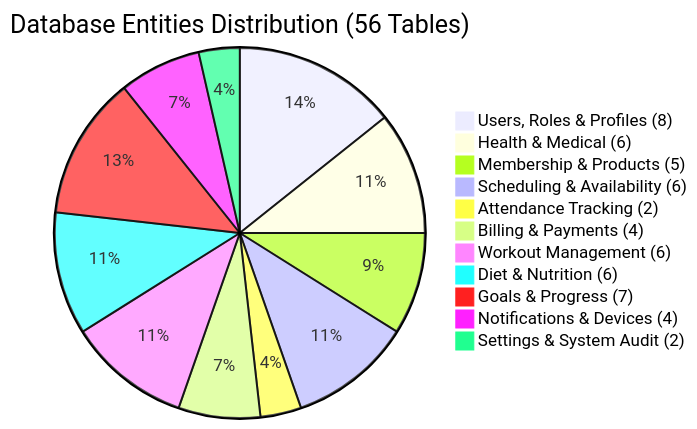
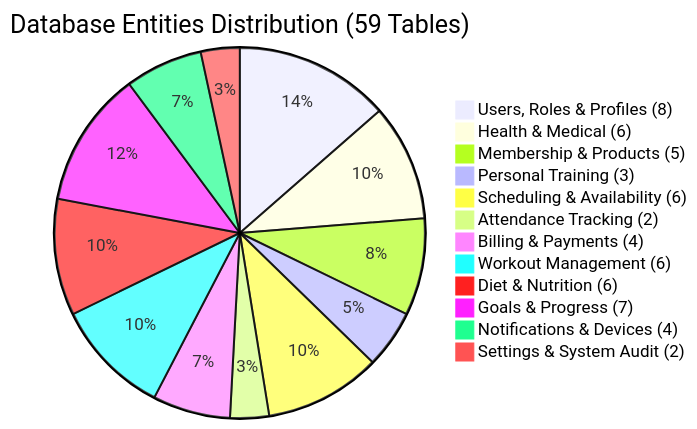
Before and after one commit to shabibmr/luxeknox: the diagram in docs/database-entities.md, drawn with Mermaid. The commit also changed other lines of this file and 11 other files, not shown here.

````diff
--- a/docs/database-entities.md
+++ b/docs/database-entities.md
@@ -22,14 +22,15 @@
 ```mermaid
-pie title Database Entities Distribution (56 Tables)
+pie title Database Entities Distribution (59 Tables)
     "Users, Roles & Profiles (8)" : 8
     "Health & Medical (6)" : 6
     "Membership & Products (5)" : 5
+    "Personal Training (3)" : 3
     "Scheduling & Availability (6)" : 6
     "Attendance Tracking (2)" : 2
     "Billing & Payments (4)" : 4
     "Workout Management (6)" : 6
     "Diet & Nutrition (6)" : 6
     "Goals & Progress (7)" : 7
     "Notifications & Devices (4)" : 4
     "Settings & System Audit (2)" : 2
 ```
````
